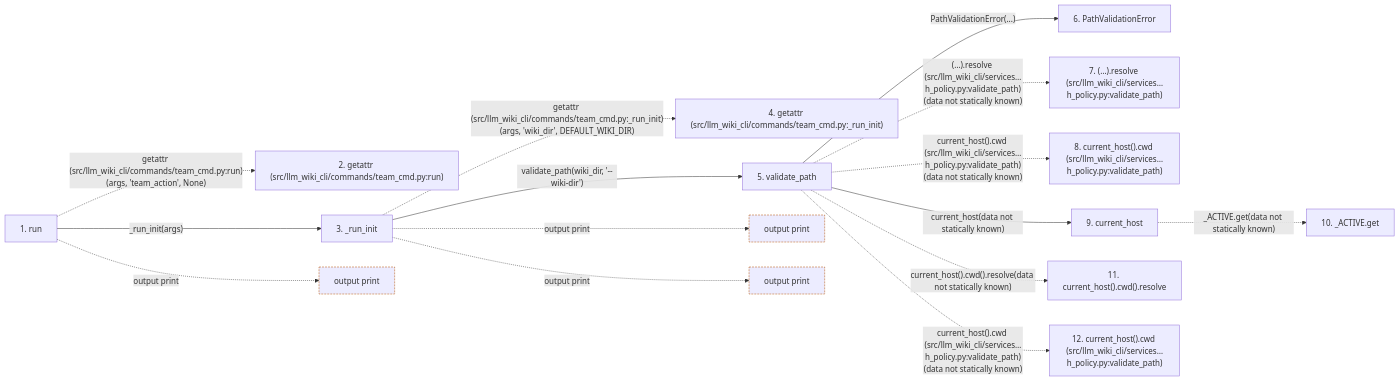
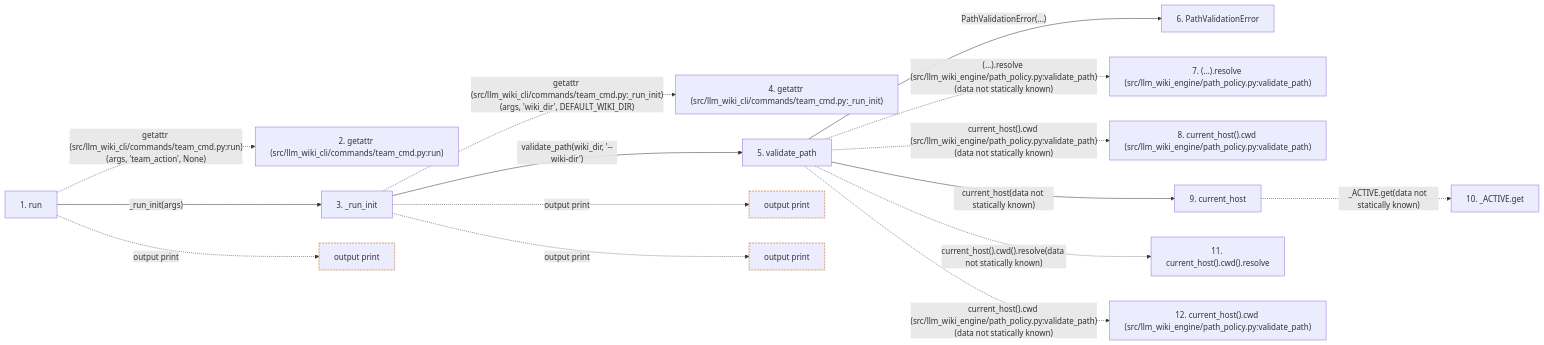
Before and after one commit to Denissvgn/python-wiki-llm: the second of 2 diagrams in docs/llm_wiki/flows/cli-team.md, drawn with Mermaid. The commit also changed other lines of this file and 739 other files, not shown here.

First line of the commit message:
docs: refresh the wiki for the second engine batch

````diff
--- a/docs/llm_wiki/flows/cli-team.md
+++ b/docs/llm_wiki/flows/cli-team.md
@@ -182,41 +182,41 @@
 ```mermaid
 flowchart LR
     s1["1. run"]
     s2["2. getattr (src/llm_wiki_cli/commands/team_cmd.py:run)"]
     s3["3. _run_init"]
     s4["4. getattr (src/llm_wiki_cli/commands/team_cmd.py:_run_init)"]
     s5["5. validate_path"]
     s6["6. PathValidationError"]
-    s7["7. (…).resolve (src/llm_wiki_cli/services…h_policy.py:validate_path)"]
-    s8["8. current_host().cwd (src/llm_wiki_cli/services…h_policy.py:validate_path)"]
+    s7["7. (…).resolve (src/llm_wiki_engine/path_policy.py:validate_path)"]
+    s8["8. current_host().cwd (src/llm_wiki_engine/path_policy.py:validate_path)"]
     s9["9. current_host"]
     s10["10. _ACTIVE.get"]
     s11["11. current_host().cwd().resolve"]
-    s12["12. current_host().cwd (src/llm_wiki_cli/services…h_policy.py:validate_path)"]
+    s12["12. current_host().cwd (src/llm_wiki_engine/path_policy.py:validate_path)"]
     s1 -. "getattr (src/llm_wiki_cli/commands/team_cmd.py:run)(args, 'team_action', None)" .-> s2
     s1 -->|"_run_init(args)"| s3
     s3 -. "getattr (src/llm_wiki_cli/commands/team_cmd.py:_run_init)(args, 'wiki_dir', DEFAULT_WIKI_DIR)" .-> s4
     s3 -->|"validate_path(wiki_dir, '--wiki-dir')"| s5
     s5 -->|"PathValidationError(...)"| s6
-    s5 -. "(…).resolve (src/llm_wiki_cli/services…h_policy.py:validate_path)(data not statically known)" .-> s7
-    s5 -. "current_host().cwd (src/llm_wiki_cli/services…h_policy.py:validate_path)(data not statically known)" .-> s8
+    s5 -. "(…).resolve (src/llm_wiki_engine/path_policy.py:validate_path)(data not statically known)" .-> s7
+    s5 -. "current_host().cwd (src/llm_wiki_engine/path_policy.py:validate_path)(data not statically known)" .-> s8
     s5 -->|"current_host(data not statically known)"| s9
     s9 -. "_ACTIVE.get(data not statically known)" .-> s10
     s5 -. "current_host().cwd().resolve(data not statically known)" .-> s11
-    s5 -. "current_host().cwd (src/llm_wiki_cli/services…h_policy.py:validate_path)(data not statically known)" .-> s12
+    s5 -. "current_host().cwd (src/llm_wiki_engine/path_policy.py:validate_path)(data not statically known)" .-> s12
     b0["output print"]
     s1 -. "output print" .-> b0
     b1["output print"]
     s3 -. "output print" .-> b1
     b2["output print"]
     s3 -. "output print" .-> b2
     click s1 "../modules/team_cmd.md"
     click s3 "../modules/team_cmd.md"
     click s5 "../modules/path_policy.md"
     click s6 "../modules/path_policy.md"
     click s9 "../modules/host.md"
     classDef boundary stroke:#b45309,stroke-dasharray: 4 2
     class b0 boundary
     class b1 boundary
     class b2 boundary
 ```
````
